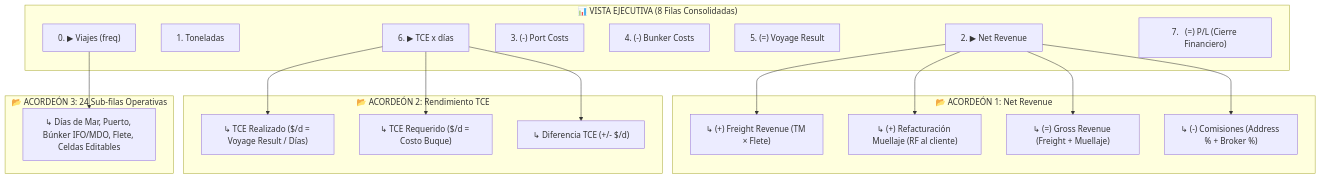
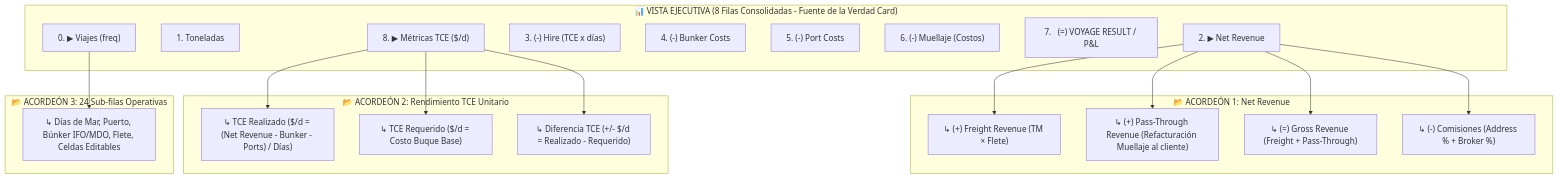
One commit to RichGutz/PETRAL.SMART.DASHBOARD changed the diagram in Desarrollo.Profesional/Obsidian.Refactorizacion.Multicotizador/12_UI_UX_Grilla_Interactiva_Filas_y_Acordeones.md. Above: the diagram before and after it, drawn with Mermaid. The commit also changed other lines of this file, not shown here.

Commit message:
docs(spec): update 12_UI_UX_Grilla_Interactiva_Filas_y_Acordeones.md with Card 4 truth row order

````diff
--- a/Desarrollo.Profesional/Obsidian.Refactorizacion.Multicotizador/12_UI_UX_Grilla_Interactiva_Filas_y_Acordeones.md
+++ b/Desarrollo.Profesional/Obsidian.Refactorizacion.Multicotizador/12_UI_UX_Grilla_Interactiva_Filas_y_Acordeones.md
@@ -14,30 +14,31 @@
 ```mermaid
 flowchart TD
-    subgraph G1 ["📊 VISTA EJECUTIVA (8 Filas Consolidadas)"]
+    subgraph G1 ["📊 VISTA EJECUTIVA (8 Filas Consolidadas - Fuente de la Verdad Card)"]
         F0["0. ▶ Viajes (freq)"]
         F1["1.   Toneladas"]
         F2["2. ▶ Net Revenue"]
-        F3["3.   (-) Port Costs"]
+        F3["3.   (-) Hire (TCE x días)"]
         F4["4.   (-) Bunker Costs"]
-        F5["5.   (=) Voyage Result"]
-        F6["6. ▶ TCE x días"]
-        F7["7.   (=) P/L (Cierre Financiero)"]
+        F5["5.   (-) Port Costs"]
+        F6["6.   (-) Muellaje (Costos)"]
+        F7["7.   (=) VOYAGE RESULT / P&L"]
+        F8["8. ▶ Métricas TCE ($/d)"]
     end
 
     subgraph A1 ["📂 ACORDEÓN 1: Net Revenue"]
         F2 --> A1_1["↳ (+) Freight Revenue (TM × Flete)"]
-        F2 --> A1_2["↳ (+) Refacturación Muellaje (RF al cliente)"]
-        F2 --> A1_3["↳ (=) Gross Revenue (Freight + Muellaje)"]
+        F2 --> A1_2["↳ (+) Pass-Through Revenue (Refacturación Muellaje al cliente)"]
+        F2 --> A1_3["↳ (=) Gross Revenue (Freight + Pass-Through)"]
         F2 --> A1_4["↳ (-) Comisiones (Address % + Broker %)"]
     end
 
-    subgraph A2 ["📂 ACORDEÓN 2: Rendimiento TCE"]
-        F6 --> A2_1["↳ TCE Realizado ($/d = Voyage Result / Días)"]
-        F6 --> A2_2["↳ TCE Requerido ($/d = Costo Buque)"]
-        F6 --> A2_3["↳ Diferencia TCE (+/- $/d)"]
+    subgraph A2 ["📂 ACORDEÓN 2: Rendimiento TCE Unitario"]
+        F8 --> A2_1["↳ TCE Realizado ($/d = (Net Revenue - Bunker - Ports) / Días)"]
+        F8 --> A2_2["↳ TCE Requerido ($/d = Costo Buque Base)"]
+        F8 --> A2_3["↳ Diferencia TCE (+/- $/d = Realizado - Requerido)"]
     end
 
     subgraph A3 ["📂 ACORDEÓN 3: 24 Sub-filas Operativas"]
         F0 --> A3_1["↳ Días de Mar, Puerto, Búnker IFO/MDO, Flete, Celdas Editables"]
     end
 ```
````
